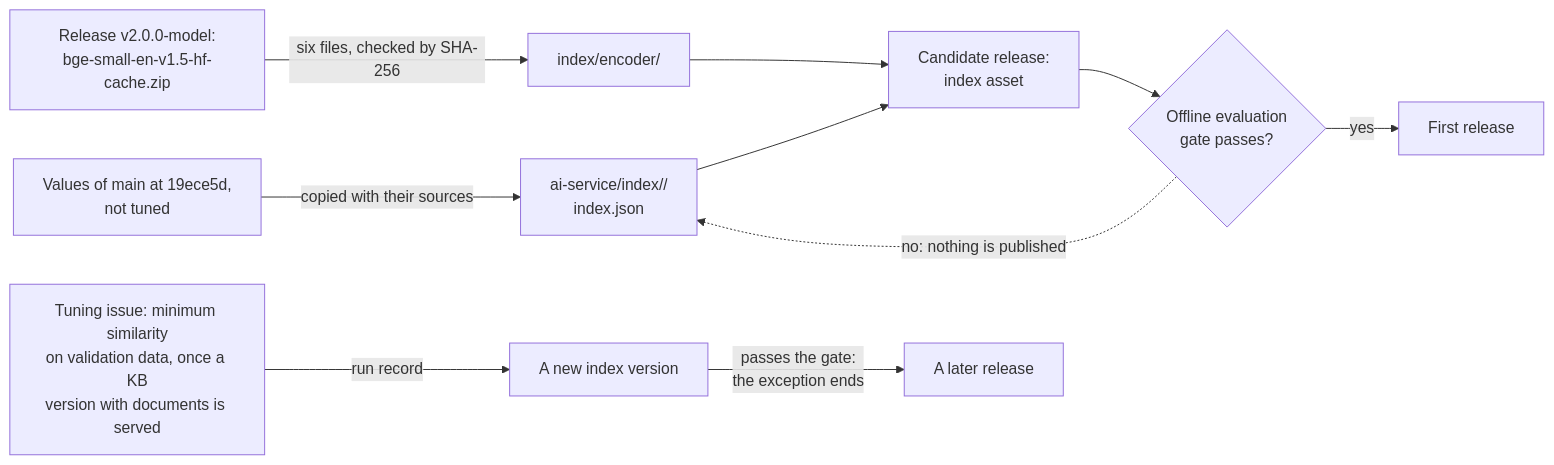
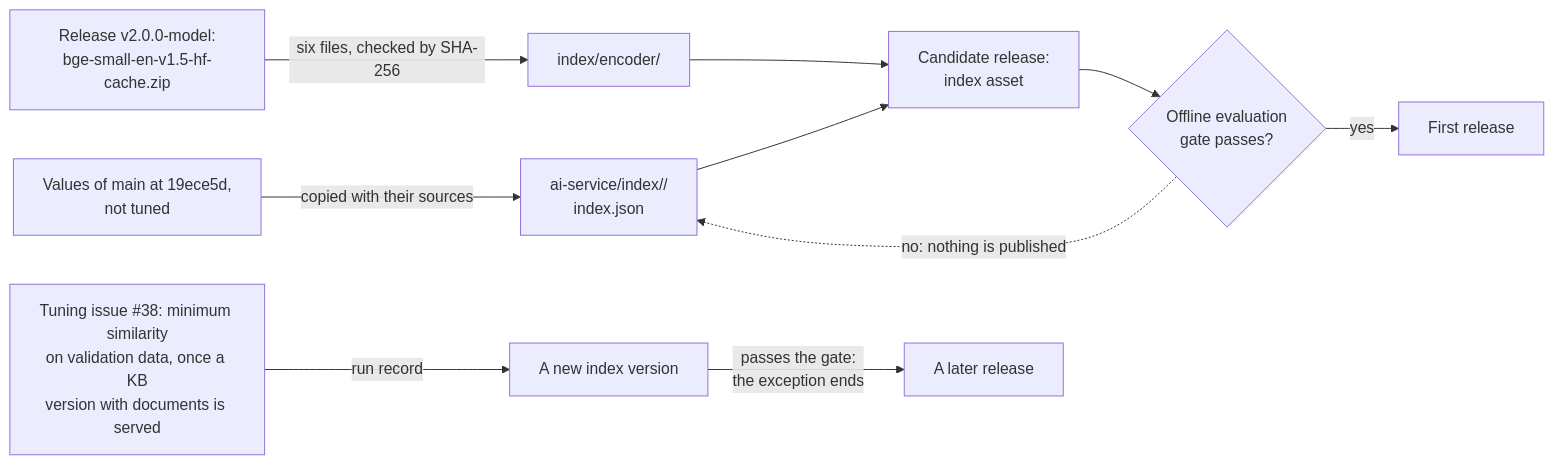
Before and after one commit to ml-system-design-nhom-5/SupportIQ: the diagram in docs/decisions/0027-retrieval-index-configuration-of-the-first-release.md, drawn with Mermaid. The commit also changed other lines of this file and 3 other files, not shown here.

````diff
--- a/docs/decisions/0027-retrieval-index-configuration-of-the-first-release.md
+++ b/docs/decisions/0027-retrieval-index-configuration-of-the-first-release.md
@@ -60,12 +60,12 @@
 ```mermaid
 flowchart LR
     MAIN["Values of main at 19ece5d,<br/>not tuned"] -->|"copied with their sources"| CFG["ai-service/index/<version>/<br/>index.json"]
     ZIP["Release v2.0.0-model:<br/>bge-small-en-v1.5-hf-cache.zip"] -->|"six files, checked by SHA-256"| ENC["index/encoder/"]
     CFG --> CAND["Candidate release:<br/>index asset"]
     ENC --> CAND
     CAND --> GATE{"Offline evaluation<br/>gate passes?"}
     GATE -->|"yes"| REL["First release"]
     GATE -.->|"no: nothing is published"| CFG
-    ISSUE["Tuning issue: minimum similarity<br/>on validation data, once a KB<br/>version with documents is served"] -->|"run record"| TUNED["A new index version"]
+    ISSUE["Tuning issue #38: minimum similarity<br/>on validation data, once a KB<br/>version with documents is served"] -->|"run record"| TUNED["A new index version"]
     TUNED -->|"passes the gate:<br/>the exception ends"| REL2["A later release"]
 ```
````
